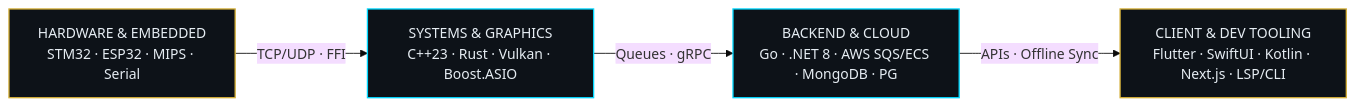
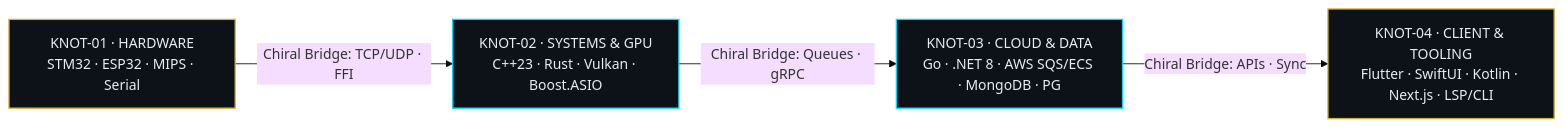
The diagram in README.md (matpdev/matpdev), drawn with Mermaid (base theme) before and after one commit. The commit also changed other lines of this file and 3 other files, not shown here.

````diff
--- a/README.md
+++ b/README.md
@@ -29,11 +30,11 @@
 ```mermaid
 flowchart LR
-    HW["HARDWARE & EMBEDDED\nSTM32 · ESP32 · MIPS · Serial"] -->|"TCP/UDP · FFI"| SYS["SYSTEMS & GRAPHICS\nC++23 · Rust · Vulkan · Boost.ASIO"]
-    SYS -->|"Queues · gRPC"| CLOUD["BACKEND & CLOUD\nGo · .NET 8 · AWS SQS/ECS · MongoDB · PG"]
-    CLOUD -->|"APIs · Offline Sync"| CLIENT["CLIENT & DEV TOOLING\nFlutter · SwiftUI · Kotlin · Next.js · LSP/CLI"]
+    HW["KNOT-01 · HARDWARE\nSTM32 · ESP32 · MIPS · Serial"] -->|"Chiral Bridge: TCP/UDP · FFI"| SYS["KNOT-02 · SYSTEMS & GPU\nC++23 · Rust · Vulkan · Boost.ASIO"]
+    SYS -->|"Chiral Bridge: Queues · gRPC"| CLOUD["KNOT-03 · CLOUD & DATA\nGo · .NET 8 · AWS SQS/ECS · MongoDB · PG"]
+    CLOUD -->|"Chiral Bridge: APIs · Sync"| CLIENT["KNOT-04 · CLIENT & TOOLING\nFlutter · SwiftUI · Kotlin · Next.js · LSP/CLI"]
 
     style HW fill:#0D1218,stroke:#D4AF37,color:#E6EDF3,stroke-width:1.5px
     style SYS fill:#0D1218,stroke:#00D8FF,color:#E6EDF3,stroke-width:1.5px
     style CLOUD fill:#0D1218,stroke:#00D8FF,color:#E6EDF3,stroke-width:1.5px
     style CLIENT fill:#0D1218,stroke:#D4AF37,color:#E6EDF3,stroke-width:1.5px
 ```
````
